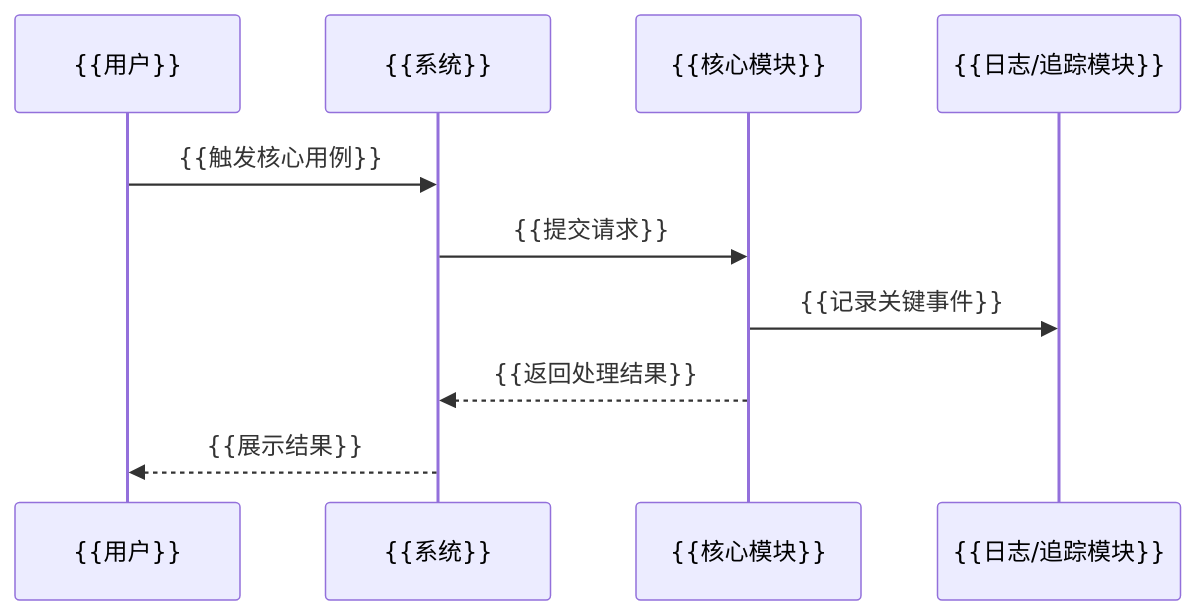
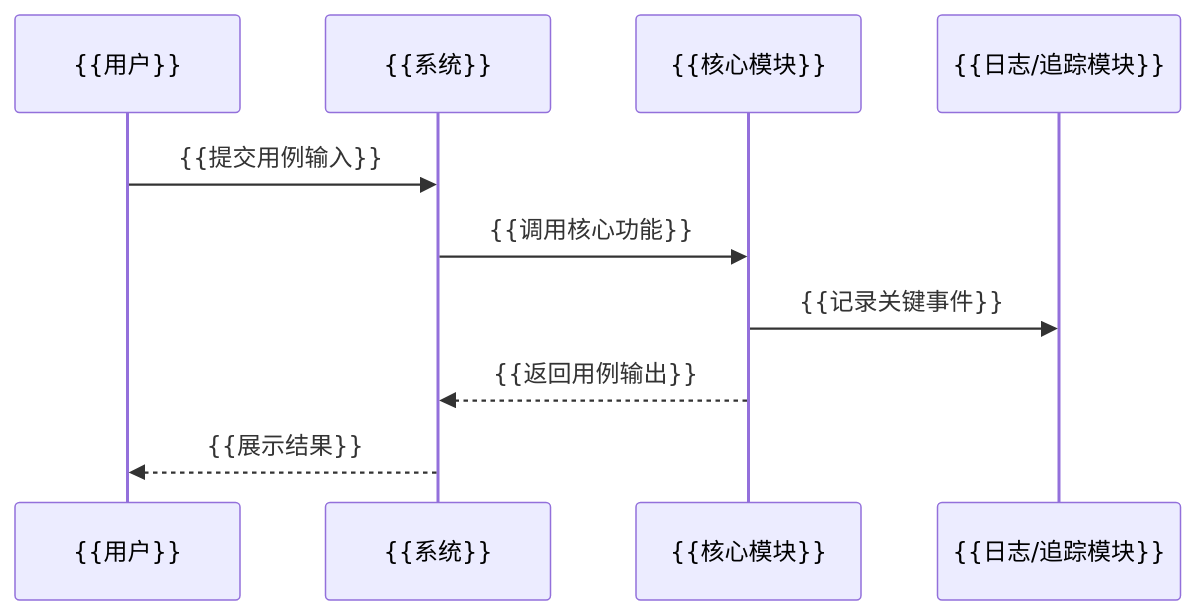
One commit to RIVERS0FT/huawei-tr-doc-skill changed the second of 2 diagrams in templates/tr-all.md. Above: the diagram before and after it, drawn with Mermaid. The commit also changed other lines of this file, not shown here.

````diff
--- a/templates/tr-all.md
+++ b/templates/tr-all.md
@@ -75,12 +87,12 @@
 ```mermaid
 sequenceDiagram
   participant U as {{用户}}
   participant S as {{系统}}
   participant M as {{核心模块}}
   participant L as {{日志/追踪模块}}
-  U->>S: {{触发核心用例}}
-  S->>M: {{提交请求}}
+  U->>S: {{提交用例输入}}
+  S->>M: {{调用核心功能}}
   M->>L: {{记录关键事件}}
-  M-->>S: {{返回处理结果}}
+  M-->>S: {{返回用例输出}}
   S-->>U: {{展示结果}}
 ```
````
